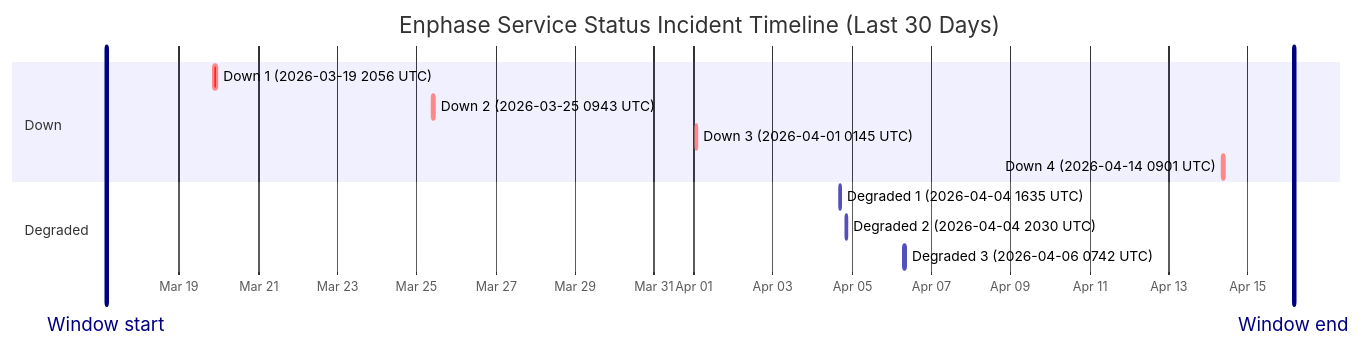
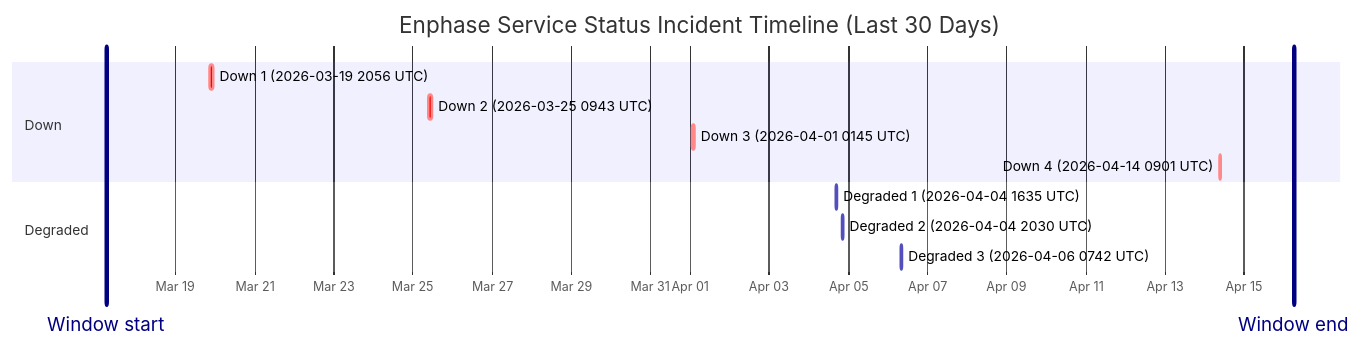
One commit to barneyonline/ha-enphase-ev-charger changed the diagram in wiki/Service-Status-History.md. Above: the diagram before and after it, drawn with Mermaid. The commit also changed other lines of this file and 3 other files, not shown here.

````diff
--- a/wiki/Service-Status-History.md
+++ b/wiki/Service-Status-History.md
@@ -14,17 +14,17 @@
 ```mermaid
 gantt
     title Enphase Service Status Incident Timeline (Last 30 Days)
     dateFormat  YYYY-MM-DDTHH:mm:ss
     axisFormat  %b %d
-    Window start :vert, window-start, 2026-03-17T03:53:25, 0ms
-    Window end :vert, window-end, 2026-04-16T03:53:25, 0ms
+    Window start :vert, window-start, 2026-03-17T06:00:49, 0ms
+    Window end :vert, window-end, 2026-04-16T06:00:49, 0ms
     section Down
     Down 1 (2026-03-19 2056 UTC) :crit, down-1, 2026-03-19T20:56:20, 145m
     Down 2 (2026-03-25 0943 UTC) :crit, down-2, 2026-03-25T09:43:28, 111m
     Down 3 (2026-04-01 0145 UTC) :crit, down-3, 2026-04-01T01:45:09, 60m
     Down 4 (2026-04-14 0901 UTC) :crit, down-4, 2026-04-14T09:01:13, 60m
     section Degraded
     Degraded 1 (2026-04-04 1635 UTC) :active, degraded-1, 2026-04-04T16:35:17, 60m
     Degraded 2 (2026-04-04 2030 UTC) :active, degraded-2, 2026-04-04T20:30:40, 60m
     Degraded 3 (2026-04-06 0742 UTC) :active, degraded-3, 2026-04-06T07:42:09, 85m
 ```
````
